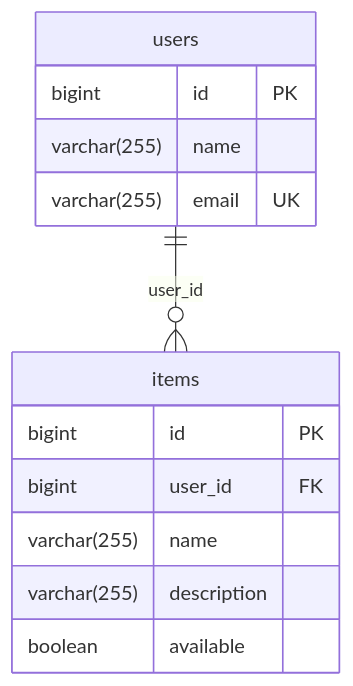
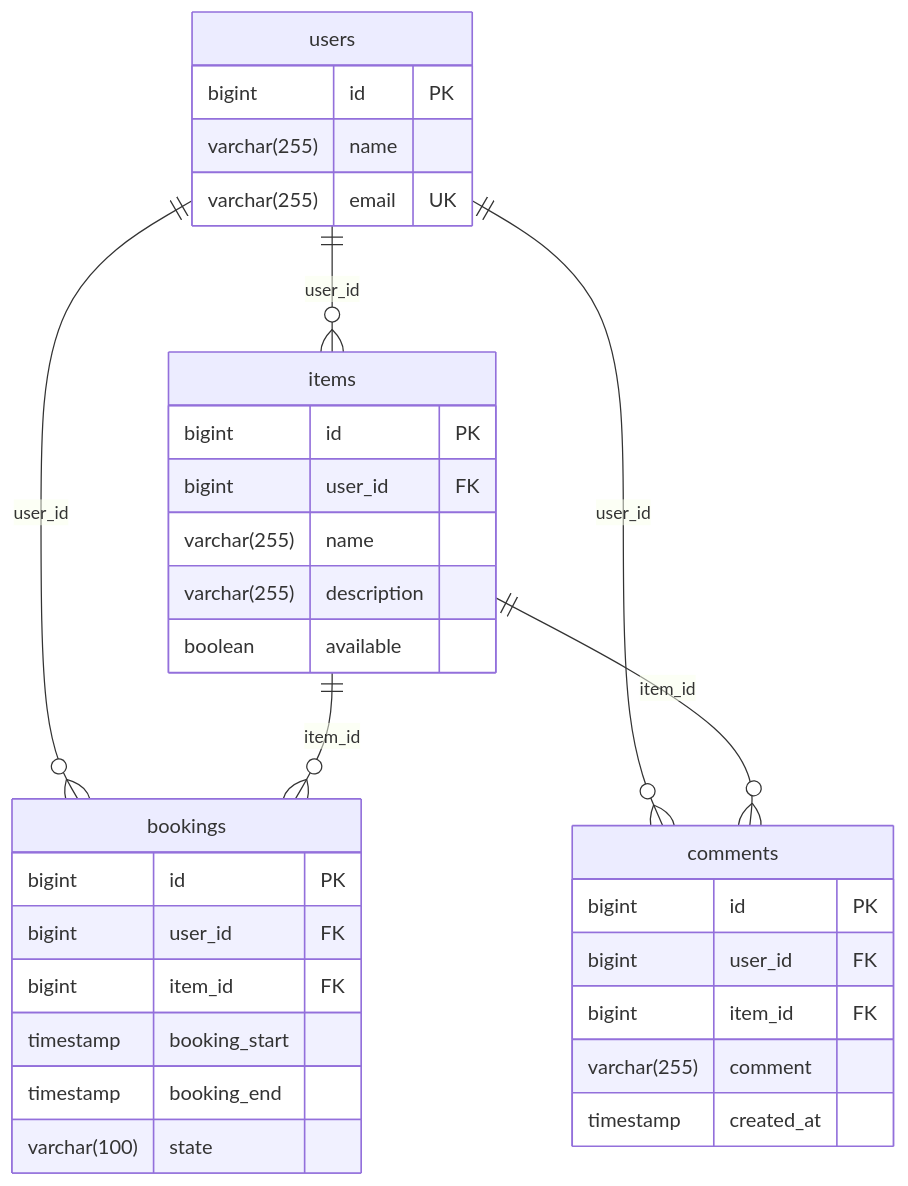
Before and after one commit to kpak292/java-shareit: the diagram in README.md, drawn with Mermaid. The commit also changed 29 other files, not shown here.

Commit message:
Realized 1) Booking API 2) Comments API

````diff
--- a/README.md
+++ b/README.md
@@ -6,19 +6,40 @@
 ```mermaid
 erDiagram
 users{
     bigint id PK
     varchar(255) name
     varchar(255) email UK
 }
 
 items{
     bigint id PK
     bigint user_id FK
     varchar(255) name
     varchar(255) description
     boolean available
 }
 
+bookings{
+    bigint id PK
+    bigint user_id FK
+    bigint item_id FK
+    timestamp booking_start
+    timestamp booking_end
+    varchar(100) state
+}
+
+comments{
+    bigint id PK
+    bigint user_id FK
+    bigint item_id FK
+    varchar(255) comment
+    timestamp created_at
+}
+
 users ||--o{ items: user_id
+users ||--o{ bookings: user_id
+items ||--o{ bookings: item_id
+users ||--o{ comments: user_id
+items ||--o{ comments: item_id
 
 ```
````
